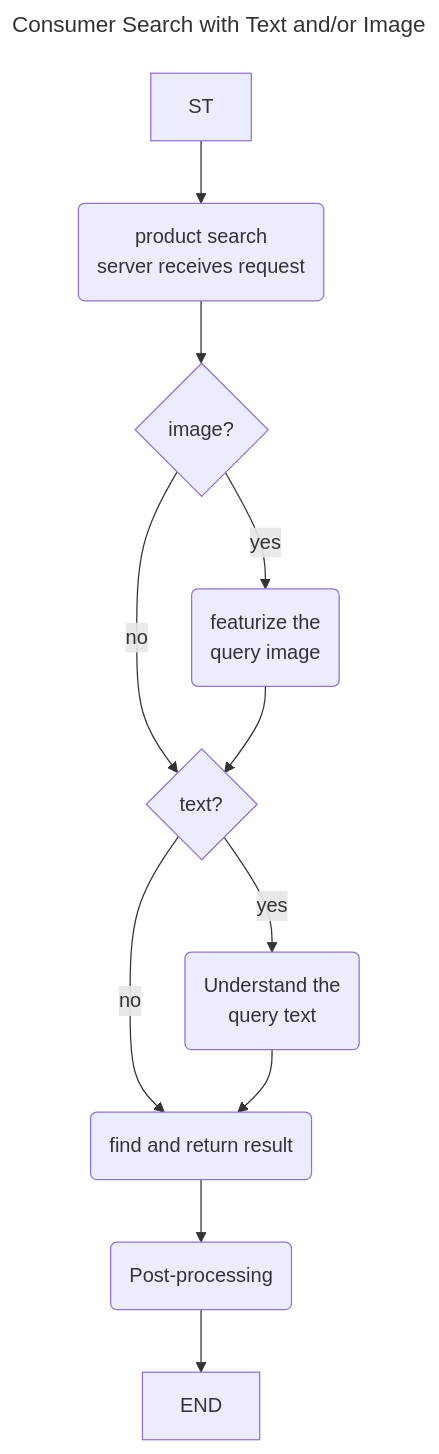
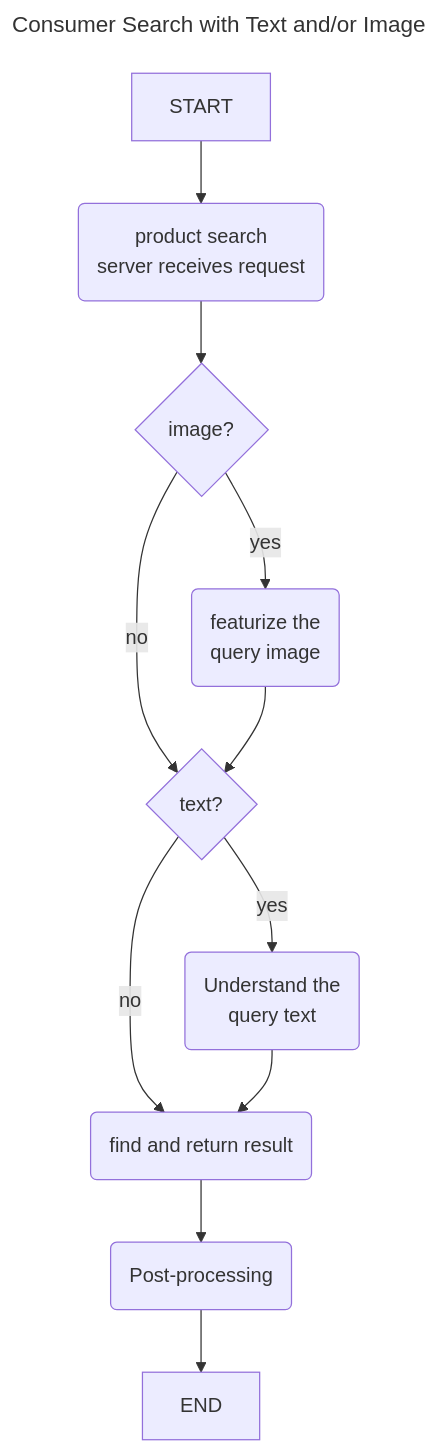
The diagram in 1_1_Multi-Search_text_and_image.md (zchangvs/diagram), drawn with Mermaid before and after one commit.

````diff
--- a/1_1_Multi-Search_text_and_image.md
+++ b/1_1_Multi-Search_text_and_image.md
@@ -1,25 +1,25 @@
 ```mermaid
 ---
 title: Consumer Search with Text and/or Image
 ---
 flowchart TD
 %%    ST[start] --> A[query text<br>and/or image]
 %%    A --> B{client side<br>widget}
 %%    B -->|yes| S(update<br>event tracking)
 %%    B --> |no| C[product search<br>server receives request]
-    ST --> PS(product search<br>server receives request)
+    ST[START]--> PS(product search<br>server receives request)
     PS --> IQ{image?}
     IQ--> |yes| FI(featurize the<br>query image)
     IQ --> |no| TQ{text?}
     FI --> TQ 
     TQ --> |yes| D1(Understand the<br>query text)
     TQ --> |no| E1(find and return result)
     D1 --> E1
 %%    D1 --> E1(search for<br>candidates)
 %%    E1 --> E2(Rerank & filter logic)
     E1 --> F(Post-processing)
 %%    F --> G(update statistics)
     F --> END[END] 
 
 
 ```
````
